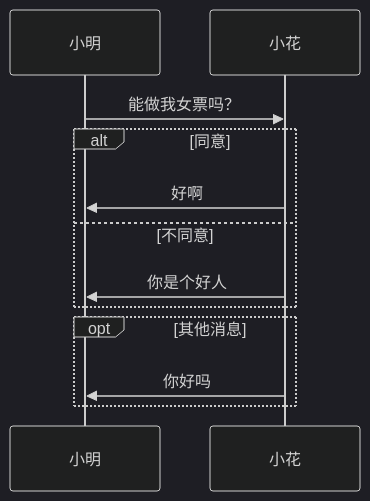
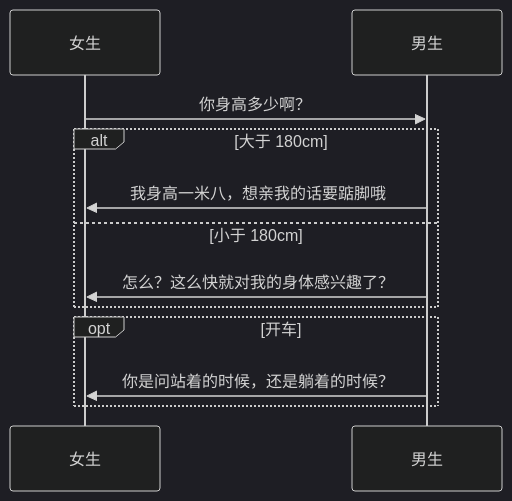
Before and after one commit to wqf31415/wqf31415.github.io: diagram 12 of 17 in source/_posts/markdown-中插入-mermaid-图.md, drawn with Mermaid (dark theme). The commit also changed other lines of this file, not shown here.

Commit message:
:syringe: 修改sequenceDiagram图的示例内容

````diff
--- a/source/_posts/markdown-中插入-mermaid-图.md
+++ b/source/_posts/markdown-中插入-mermaid-图.md
@@ -371,14 +371,14 @@
 ```mermaid
 sequenceDiagram;
-    participant a As 小明
-    participant b As 小花
-    a ->> b : 能做我女票吗？
-    alt 同意
-        b ->> a: 好啊
-    else 不同意
-        b ->> a: 你是个好人
+    participant a As 女生
+    participant b As 男生
+    a ->> b : 你身高多少啊？
+    alt 大于 180cm
+        b ->> a: 我身高一米八，想亲我的话要踮脚哦
+    else 小于 180cm
+        b ->> a: 怎么？这么快就对我的身体感兴趣了？
     end
-    opt 其他消息
-        b ->> a: 你好吗
+    opt 开车
+        b ->> a: 你是问站着的时候，还是躺着的时候？
     end
 ```
````
